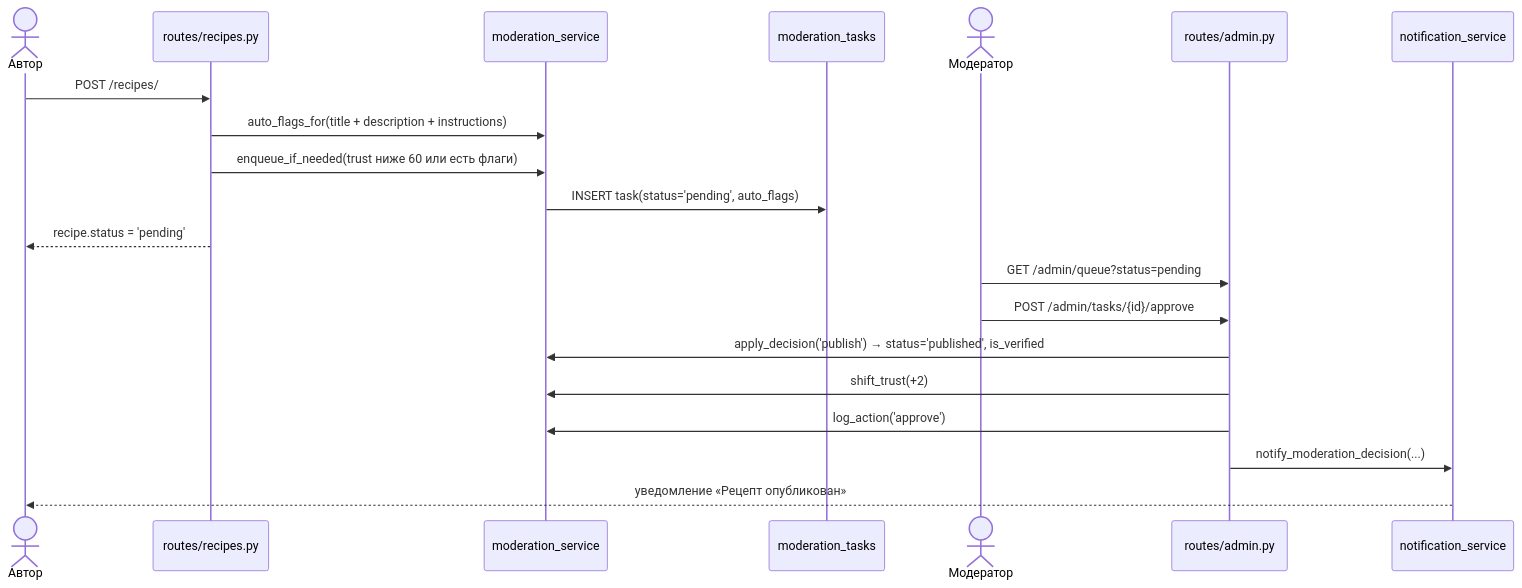
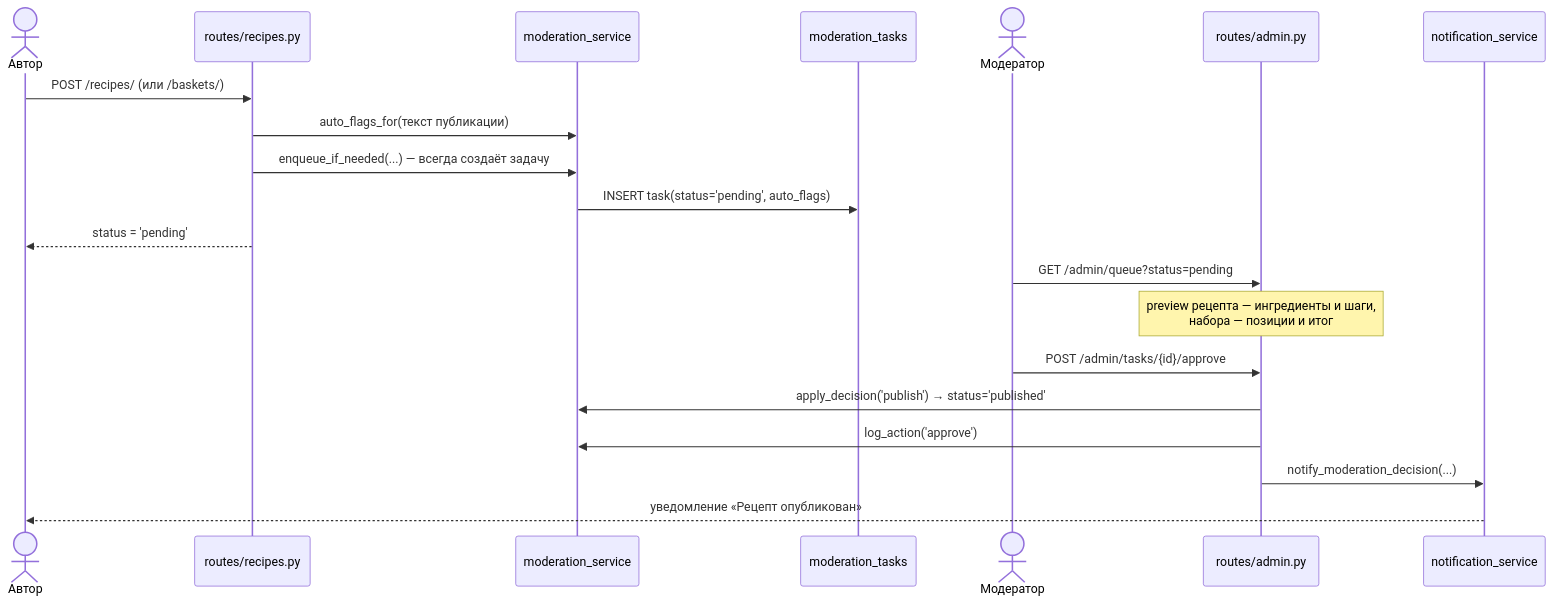
Before and after one commit to zaqaqaq/RecartlyProd: the fourth of 4 diagrams in docs/ARCHITECTURE.md, drawn with Mermaid. The commit also changed other lines of this file and 11 other files, not shown here.

````diff
--- a/docs/ARCHITECTURE.md
+++ b/docs/ARCHITECTURE.md
@@ -234,23 +240,23 @@
 ```mermaid
 sequenceDiagram
     actor A as Автор
     participant R as routes/recipes.py
     participant MS as moderation_service
     participant DB as moderation_tasks
     actor M as Модератор
     participant AD as routes/admin.py
     participant NS as notification_service
 
-    A->>R: POST /recipes/
-    R->>MS: auto_flags_for(title + description + instructions)
-    R->>MS: enqueue_if_needed(trust ниже 60 или есть флаги)
+    A->>R: POST /recipes/ (или /baskets/)
+    R->>MS: auto_flags_for(текст публикации)
+    R->>MS: enqueue_if_needed(...) — всегда создаёт задачу
     MS->>DB: INSERT task(status='pending', auto_flags)
-    R-->>A: recipe.status = 'pending'
+    R-->>A: status = 'pending'
     M->>AD: GET /admin/queue?status=pending
+    Note over AD: preview рецепта — ингредиенты и шаги,<br/>набора — позиции и итог
     M->>AD: POST /admin/tasks/{id}/approve
-    AD->>MS: apply_decision('publish') → status='published', is_verified
-    AD->>MS: shift_trust(+2)
+    AD->>MS: apply_decision('publish') → status='published'
     AD->>MS: log_action('approve')
     AD->>NS: notify_moderation_decision(...)
     NS-->>A: уведомление «Рецепт опубликован»
 ```
````
